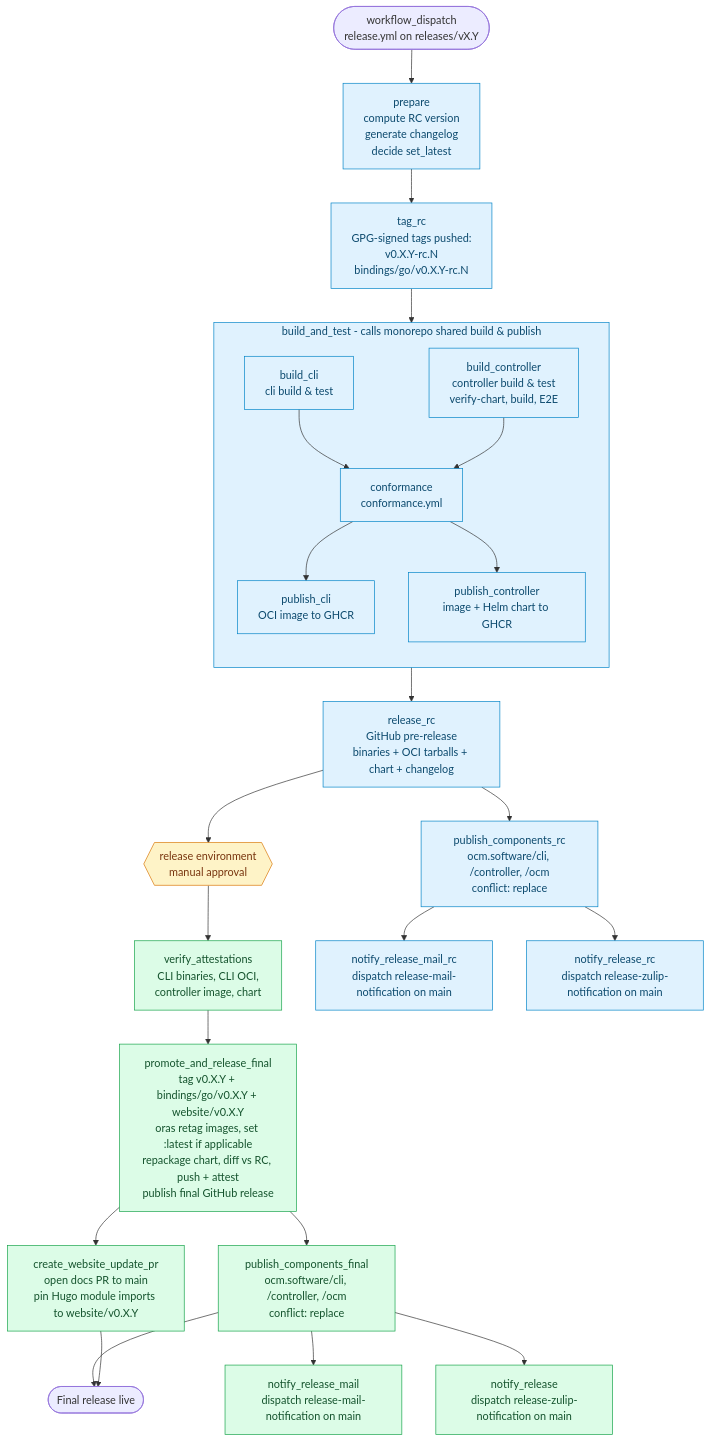
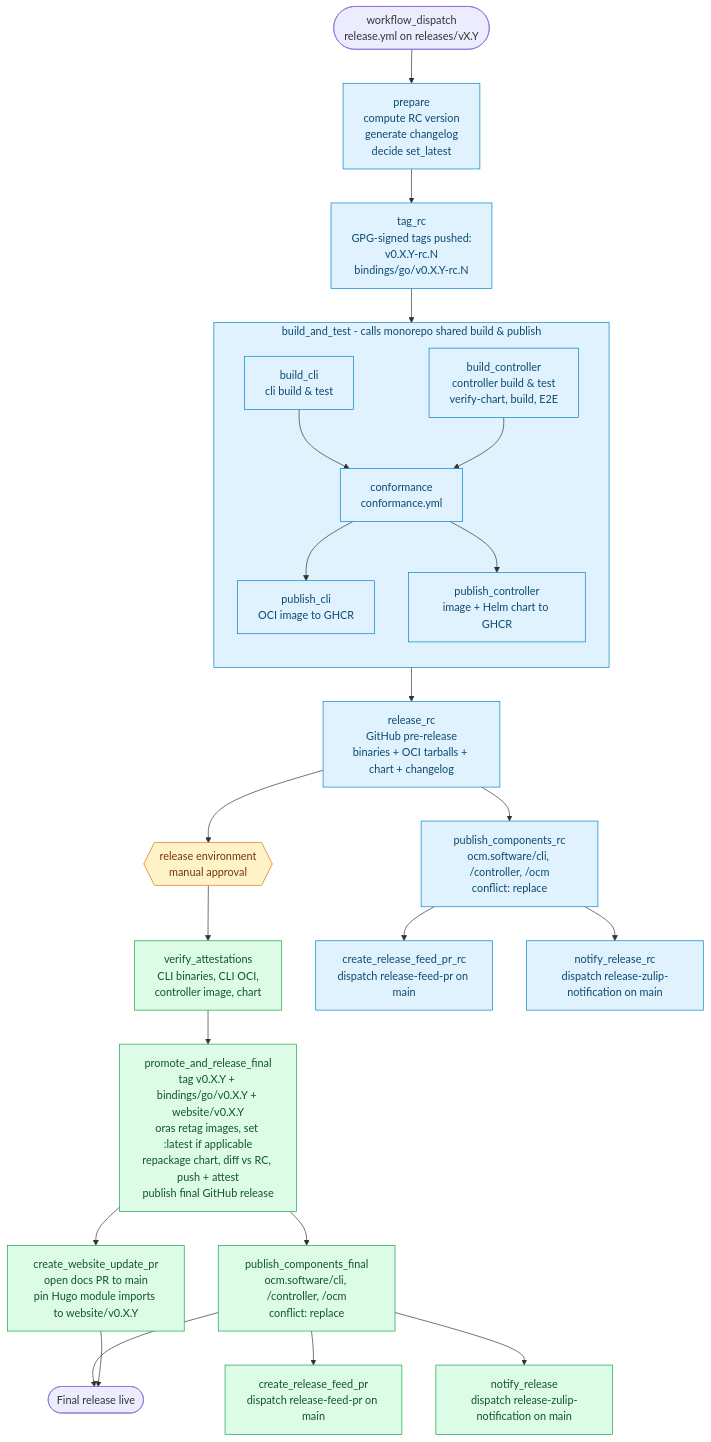
One commit to open-component-model/open-component-model changed the second of 2 diagrams in RELEASE_PROCESS.md. Above: the diagram before and after it, drawn with Mermaid. The commit also changed other lines of this file and 9 other files, not shown here.

First line of the commit message:
refactor(release): propose feed updates through pull requests

````diff
--- a/RELEASE_PROCESS.md
+++ b/RELEASE_PROCESS.md
@@ -57,43 +57,43 @@
 ```mermaid
 flowchart TD
     Start([workflow_dispatch<br/>release.yml on releases/vX.Y])
     Start --> Prepare[prepare<br/>compute RC version<br/>generate changelog<br/>decide set_latest]
     Prepare --> TagRC[tag_rc<br/>GPG-signed tags pushed:<br/>v0.X.Y-rc.N<br/>bindings/go/v0.X.Y-rc.N]
     TagRC --> Pipeline
 
     subgraph Pipeline["build_and_test - calls monorepo shared build & publish"]
         direction TB
         BuildCLI["build_cli<br/>cli build & test"]
         BuildCtl["build_controller<br/>controller build & test<br/>verify-chart, build, E2E"]
         Conf[conformance<br/>conformance.yml]
         PubCLI[publish_cli<br/>OCI image to GHCR]
         PubCtl[publish_controller<br/>image + Helm chart to GHCR]
 
         BuildCLI --> Conf
         BuildCtl --> Conf
         Conf --> PubCLI
         Conf --> PubCtl
     end
 
     Pipeline --> ReleaseRC[release_rc<br/>GitHub pre-release<br/>binaries + OCI tarballs + chart + changelog]
     ReleaseRC --> PubCompRC[publish_components_rc<br/>ocm.software/cli, /controller, /ocm<br/>conflict: replace]
     ReleaseRC --> Gate{{release environment<br/>manual approval}}
     Gate --> Verify[verify_attestations<br/>CLI binaries, CLI OCI,<br/>controller image, chart]
     Verify --> Promote[promote_and_release_final<br/>tag v0.X.Y + bindings/go/v0.X.Y + website/v0.X.Y<br/>oras retag images, set :latest if applicable<br/>repackage chart, diff vs RC, push + attest<br/>publish final GitHub release]
     Promote --> PubCompFinal[publish_components_final<br/>ocm.software/cli, /controller, /ocm<br/>conflict: replace]
     Promote --> WebsiteDocs[create_website_update_pr<br/>open docs PR to main<br/>pin Hugo module imports to website/v0.X.Y]
     PubCompFinal --> End([Final release live])
     WebsiteDocs --> End
-    PubCompRC --> NotifyMailRC[notify_release_mail_rc<br/>dispatch release-mail-notification on main]
+    PubCompRC --> NotifyMailRC[create_release_feed_pr_rc<br/>dispatch release-feed-pr on main]
     PubCompRC --> NotifyZulipRC[notify_release_rc<br/>dispatch release-zulip-notification on main]
-    PubCompFinal --> NotifyMailF[notify_release_mail<br/>dispatch release-mail-notification on main]
+    PubCompFinal --> NotifyMailF[create_release_feed_pr<br/>dispatch release-feed-pr on main]
     PubCompFinal --> NotifyZulipF[notify_release<br/>dispatch release-zulip-notification on main]
 
     classDef rc fill:#e0f2fe,stroke:#0284c7,color:#0c4a6e
     classDef final fill:#dcfce7,stroke:#16a34a,color:#14532d
     classDef gate fill:#fef3c7,stroke:#d97706,color:#78350f
 
     class Prepare,TagRC,Pipeline,ReleaseRC,PubCompRC,BuildCLI,BuildCtl,Conf,PubCLI,PubCtl,NotifyMailRC,NotifyZulipRC rc
     class Verify,Promote,PubCompFinal,WebsiteDocs,NotifyMailF,NotifyZulipF final
     class Gate gate
 ```
````
